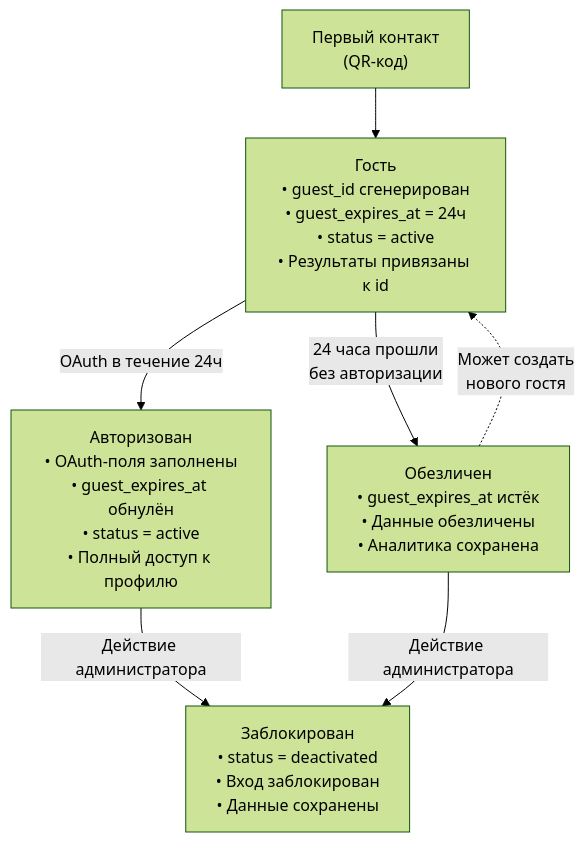
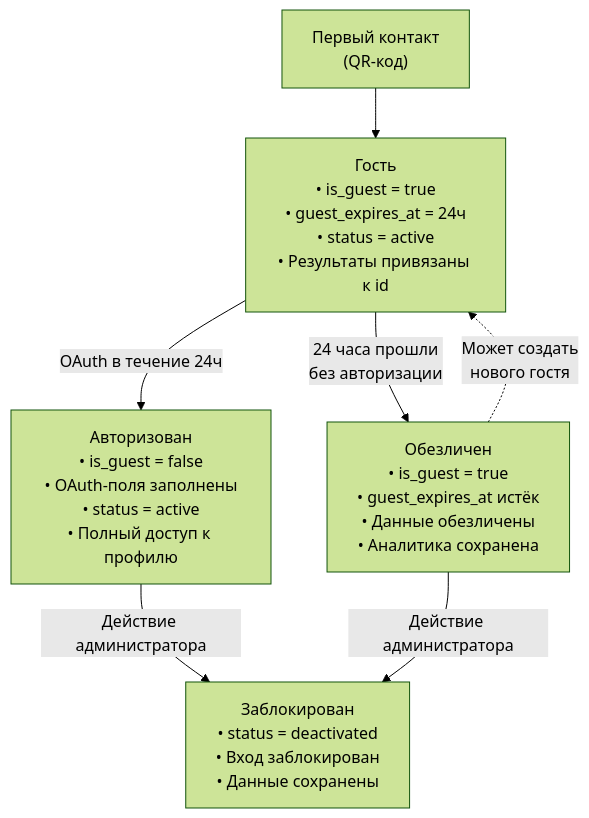
One commit to atlassys-smm/RZN changed the sixth of 6 diagrams in docs/concept/registration-profile.md. Above: the diagram before and after it, drawn with Mermaid (forest theme). The commit also changed other lines of this file and 23 other files, not shown here.

````diff
--- a/docs/concept/registration-profile.md
+++ b/docs/concept/registration-profile.md
@@ -178,14 +178,14 @@
 ```mermaid
 flowchart TD
-    Start["Первый контакт\n(QR-код)"] --> Guest["Гость\n• guest_id сгенерирован\n• guest_expires_at = 24ч\n• status = active\n• Результаты привязаны к id"]
+    Start["Первый контакт\n(QR-код)"] --> Guest["Гость\n• is_guest = true\n• guest_expires_at = 24ч\n• status = active\n• Результаты привязаны к id"]
 
-    Guest -->|"OAuth в течение 24ч"| Active["Авторизован\n• OAuth-поля заполнены\n• guest_expires_at обнулён\n• status = active\n• Полный доступ к профилю"]
+    Guest -->|"OAuth в течение 24ч"| Active["Авторизован\n• is_guest = false\n• OAuth-поля заполнены\n• status = active\n• Полный доступ к профилю"]
 
-    Guest -->|"24 часа прошли\nбез авторизации"| Anonymized["Обезличен\n• guest_expires_at истёк\n• Данные обезличены\n• Аналитика сохранена"]
+    Guest -->|"24 часа прошли\nбез авторизации"| Anonymized["Обезличен\n• is_guest = true\n• guest_expires_at истёк\n• Данные обезличены\n• Аналитика сохранена"]
 
     Active -->|"Действие администратора"| Deactivated["Заблокирован\n• status = deactivated\n• Вход заблокирован\n• Данные сохранены"]
 
     Anonymized -->|"Действие администратора"| Deactivated
 
     Anonymized -.->|"Может создать\nнового гостя"| Guest
 ```
````
